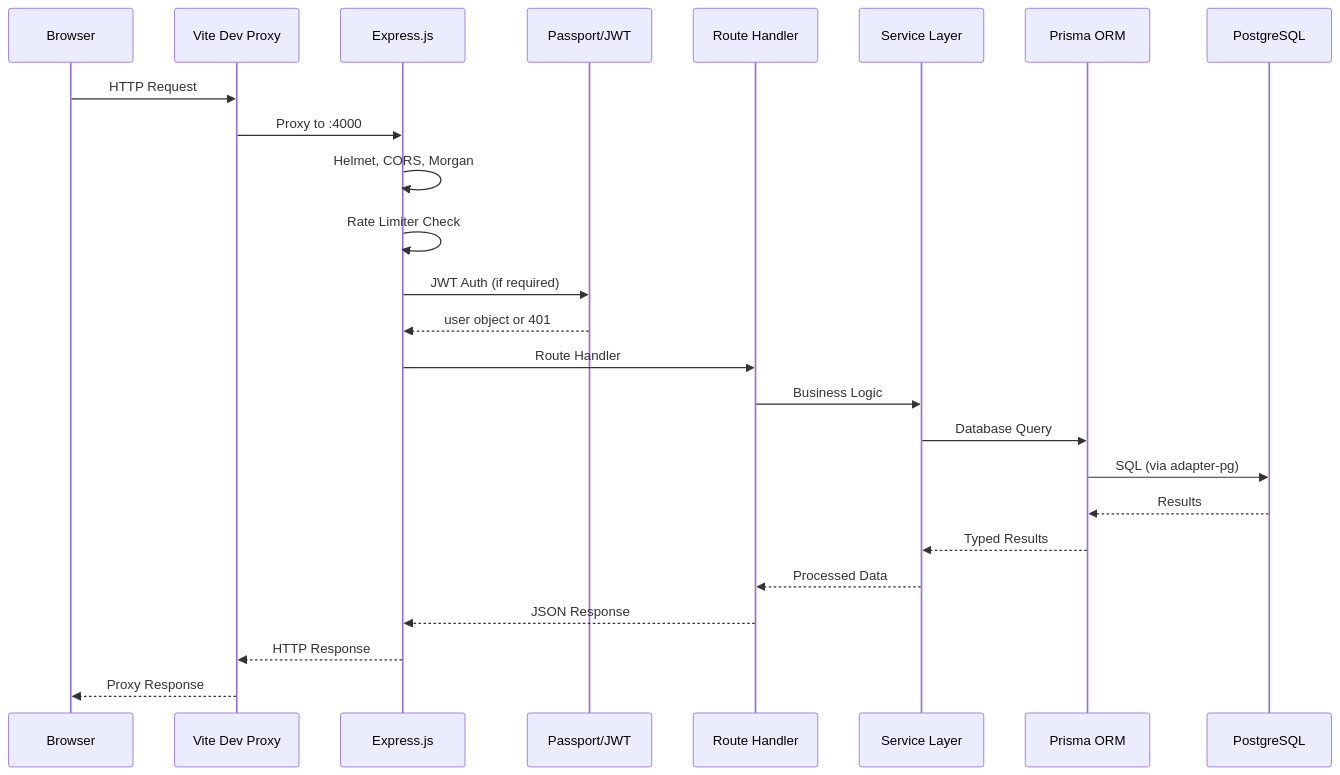
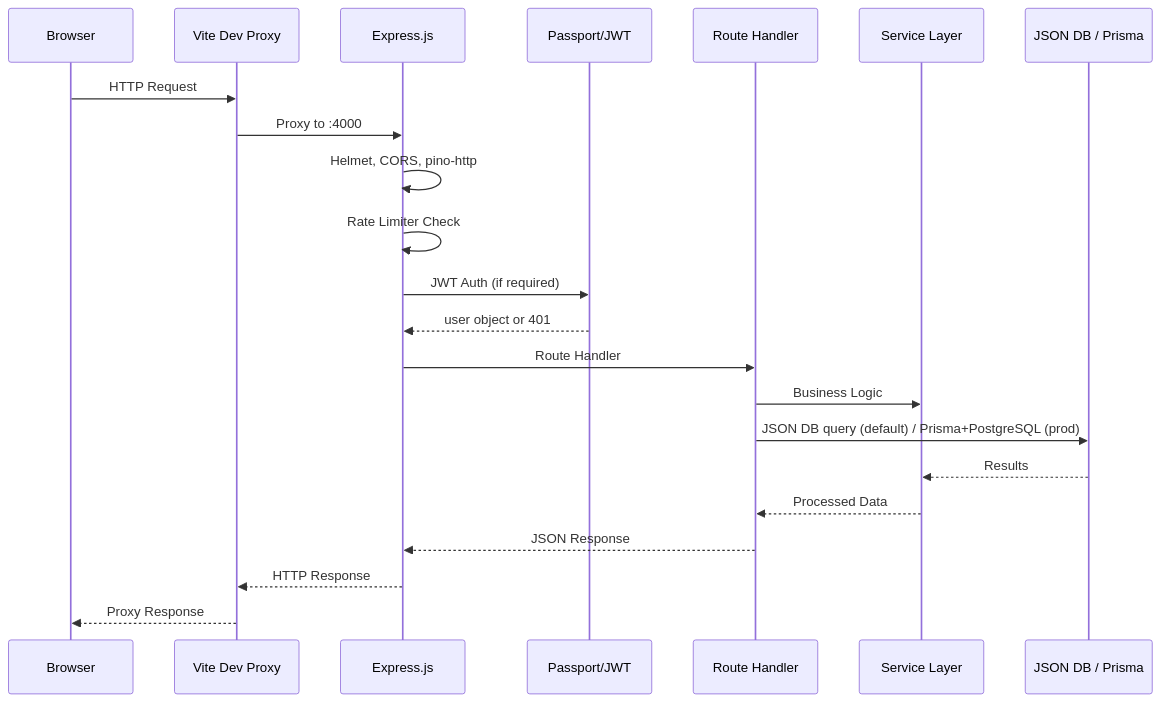
The second of 8 diagrams in PROJECT_OVERVIEW.md (themanoj-025/Match-Mind), drawn with Mermaid before and after one commit. The commit also changed other lines of this file and 2 other files, not shown here.

````diff
--- a/PROJECT_OVERVIEW.md
+++ b/PROJECT_OVERVIEW.md
@@ -889,28 +889,25 @@
 ```mermaid
 sequenceDiagram
     participant Browser
     participant ViteProxy as Vite Dev Proxy
     participant Express as Express.js
     participant Passport as Passport/JWT
     participant Route as Route Handler
     participant Service as Service Layer
-    participant Prisma as Prisma ORM
-    participant DB as PostgreSQL
+    participant DB as JSON DB / Prisma
 
     Browser->>ViteProxy: HTTP Request
     ViteProxy->>Express: Proxy to :4000
-    Express->>Express: Helmet, CORS, Morgan
+    Express->>Express: Helmet, CORS, pino-http
     Express->>Express: Rate Limiter Check
     Express->>Passport: JWT Auth (if required)
     Passport-->>Express: user object or 401
     Express->>Route: Route Handler
     Route->>Service: Business Logic
-    Service->>Prisma: Database Query
-    Prisma->>DB: SQL (via adapter-pg)
-    DB-->>Prisma: Results
-    Prisma-->>Service: Typed Results
+    Route->>DB: JSON DB query (default) / Prisma+PostgreSQL (prod)
+    DB-->>Service: Results
     Service-->>Route: Processed Data
     Route-->>Express: JSON Response
     Express-->>ViteProxy: HTTP Response
     ViteProxy-->>Browser: Proxy Response
 ```
````
